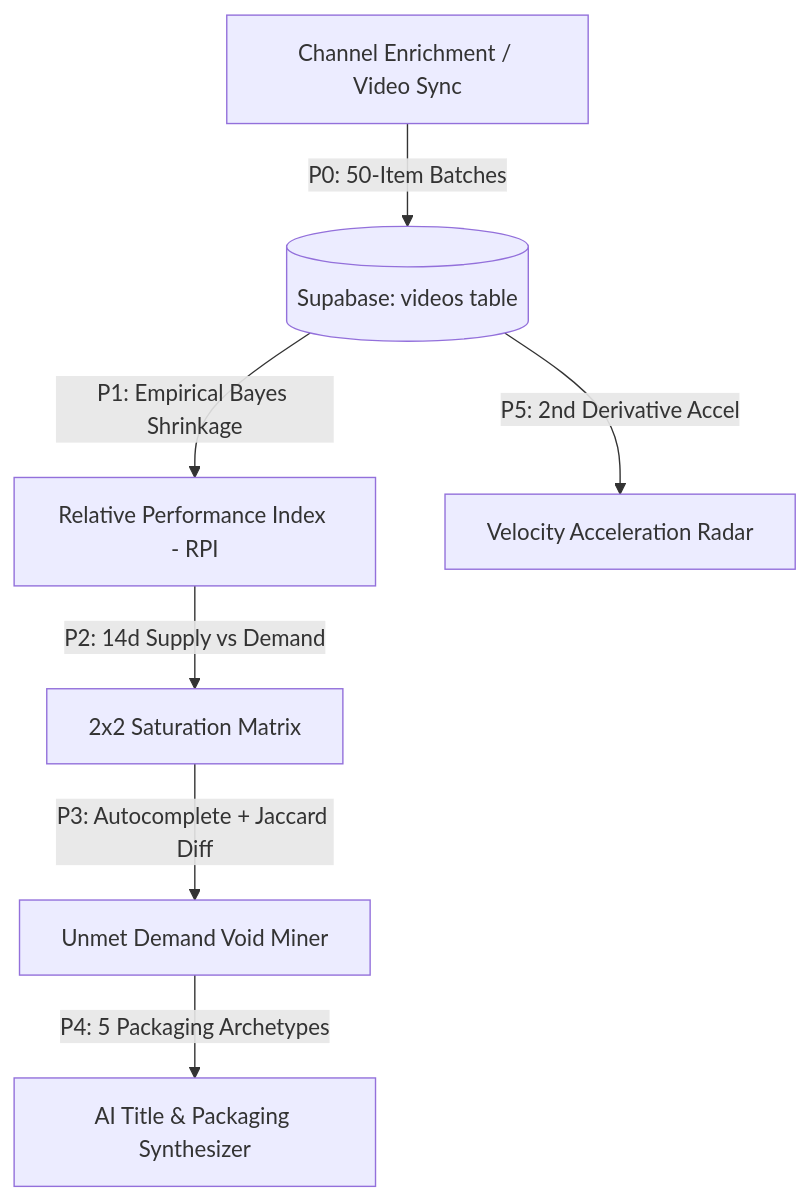
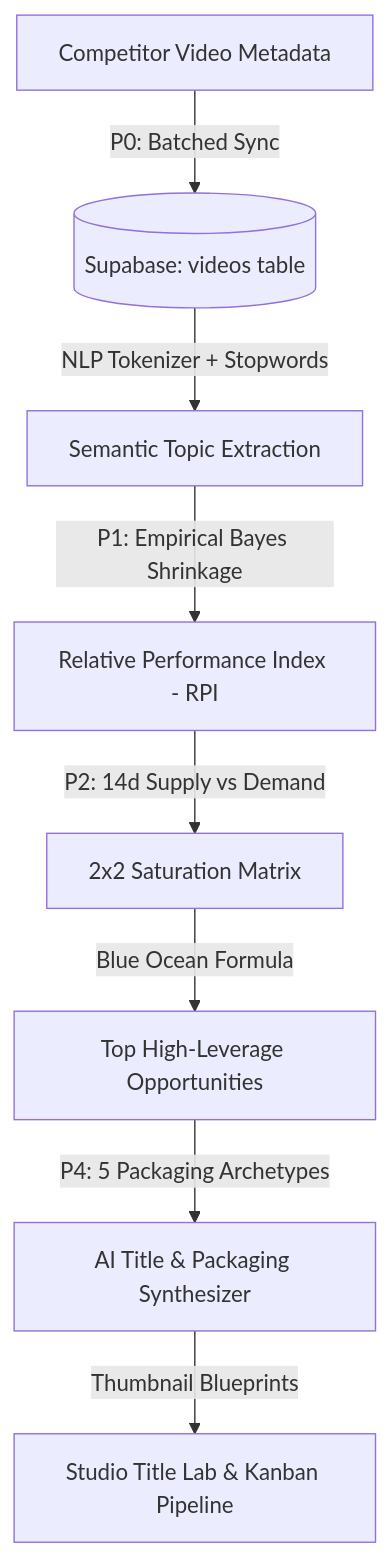
Before and after one commit to khuzaima175/Youtube-Data-Manager: the diagram in README.md, drawn with Mermaid. The commit also changed other lines of this file, not shown here.

Commit message:
docs: update comprehensive README with topic recommendation algorithms, UI architecture, and setup instructions

````diff
--- a/README.md
+++ b/README.md
@@ -9,9 +9,10 @@
 ```mermaid
 graph TD
-    A[Channel Enrichment / Video Sync] -->|P0: 50-Item Batches| B[(Supabase: videos table)]
-    B -->|P1: Empirical Bayes Shrinkage| C[Relative Performance Index - RPI]
-    C -->|P2: 14d Supply vs Demand| D[2x2 Saturation Matrix]
-    D -->|P3: Autocomplete + Jaccard Diff| E[Unmet Demand Void Miner]
-    E -->|P4: 5 Packaging Archetypes| F[AI Title & Packaging Synthesizer]
-    B -->|P5: 2nd Derivative Accel| G[Velocity Acceleration Radar]
+    A[Competitor Video Metadata] -->|P0: Batched Sync| B[(Supabase: videos table)]
+    B -->|NLP Tokenizer + Stopwords| C[Semantic Topic Extraction]
+    C -->|P1: Empirical Bayes Shrinkage| D[Relative Performance Index - RPI]
+    D -->|P2: 14d Supply vs Demand| E[2x2 Saturation Matrix]
+    E -->|Blue Ocean Formula| F[Top High-Leverage Opportunities]
+    F -->|P4: 5 Packaging Archetypes| G[AI Title & Packaging Synthesizer]
+    G -->|Thumbnail Blueprints| H[Studio Title Lab & Kanban Pipeline]
 ```
````
